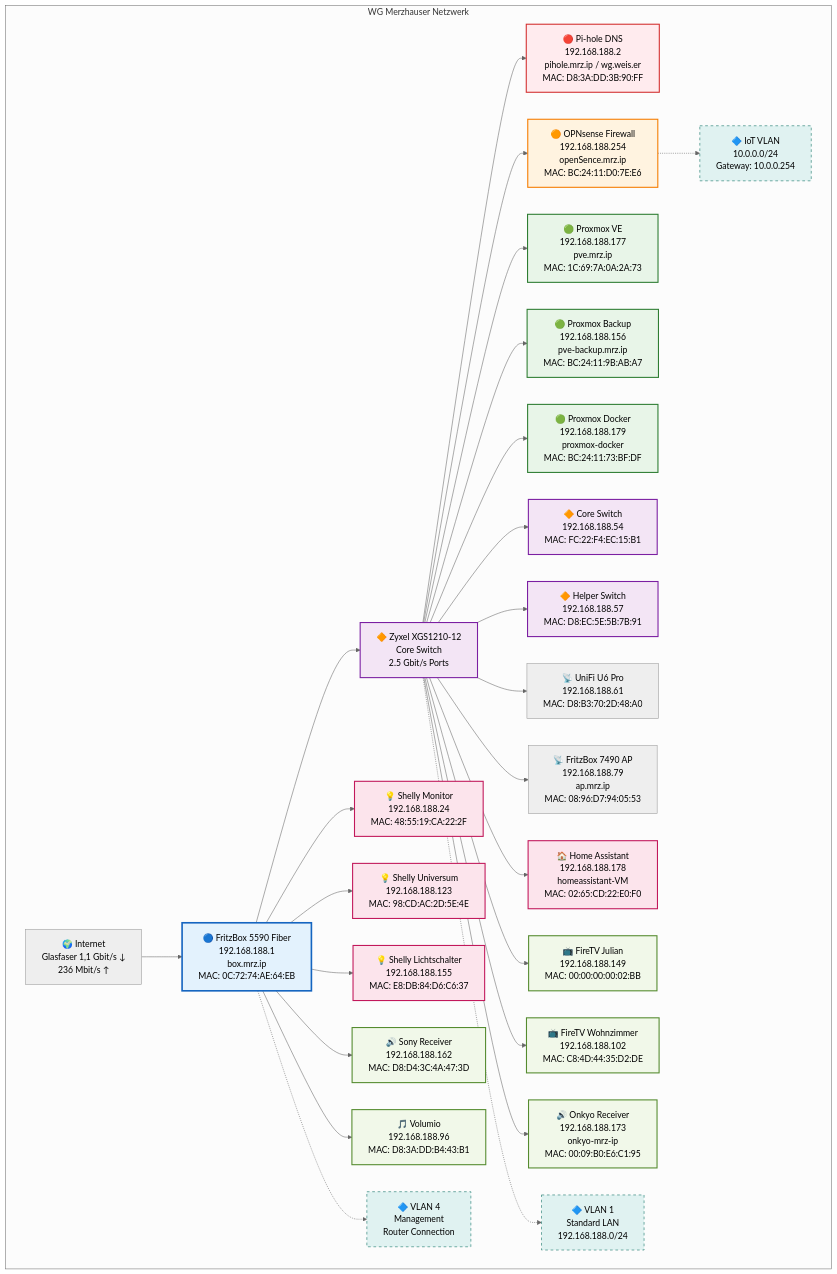
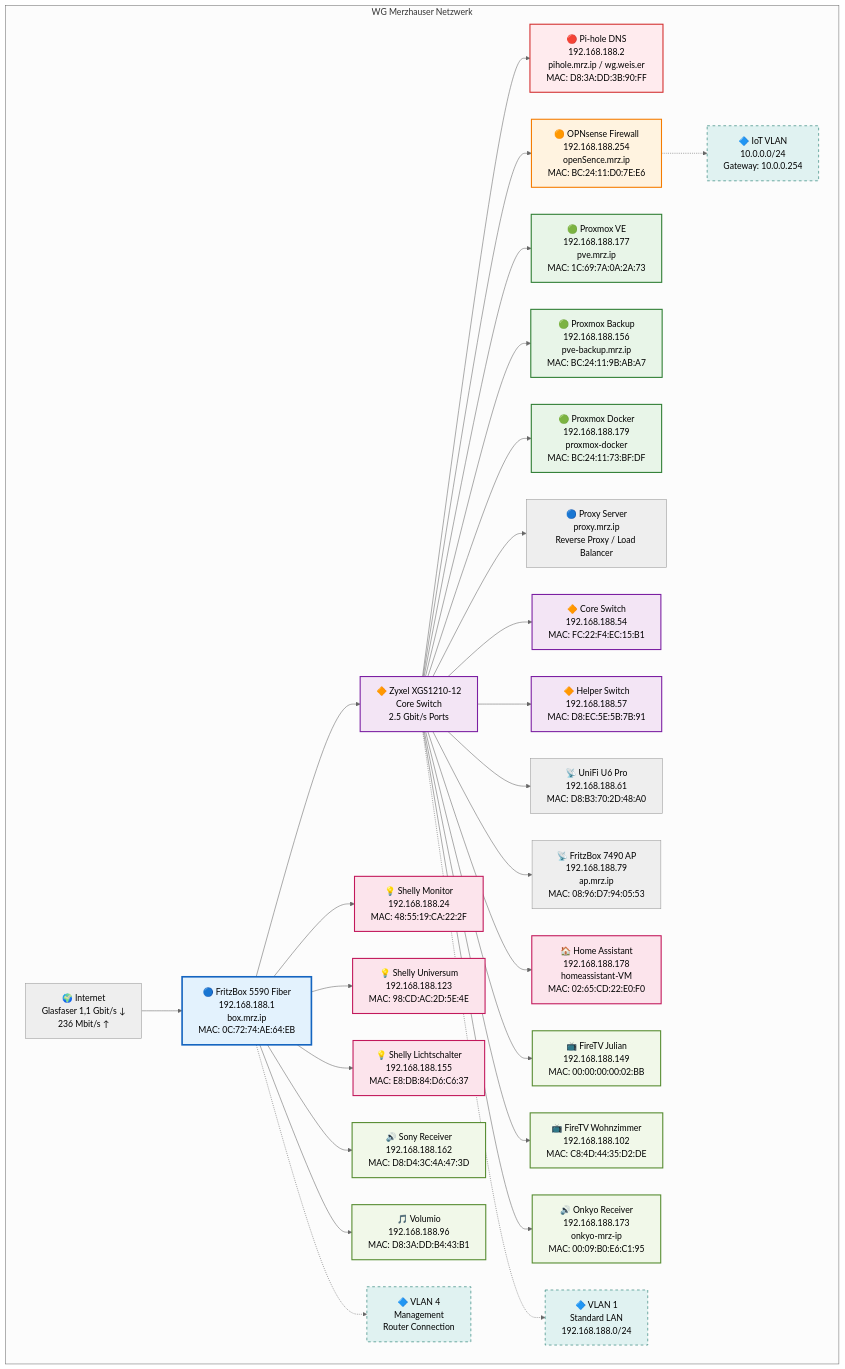
Before and after one commit to dajuly20/network-documentation-plan-wg-merzhauser: the first of 6 diagrams in HAUPTDOKUMENTATION.md, drawn with Mermaid (neutral theme). The commit also changed other lines of this file and 1 other file, not shown here.

First line of the commit message:
🔗 Add proxy.mrz.ip to network documentation

```diff
--- a/HAUPTDOKUMENTATION.md
+++ b/HAUPTDOKUMENTATION.md
@@ -45,10 +45,12 @@
         PVE[🟢 Proxmox VE<br/>192.168.188.177<br/>pve.mrz.ip<br/>MAC: 1C:69:7A:0A:2A:73]
         PVE_BACKUP[🟢 Proxmox Backup<br/>192.168.188.156<br/>pve-backup.mrz.ip<br/>MAC: BC:24:11:9B:AB:A7]
         PVE_DOCKER[🟢 Proxmox Docker<br/>192.168.188.179<br/>proxmox-docker<br/>MAC: BC:24:11:73:BF:DF]
+        PROXY[🔵 Proxy Server<br/>proxy.mrz.ip<br/>Reverse Proxy / Load Balancer]
         
         SWITCH --> PVE
         SWITCH --> PVE_BACKUP
         SWITCH --> PVE_DOCKER
+        SWITCH --> PROXY
         
         %% Network Components
         CORE_SWITCH[🔶 Core Switch<br/>192.168.188.54<br/>MAC: FC:22:F4:EC:15:B1]
```
